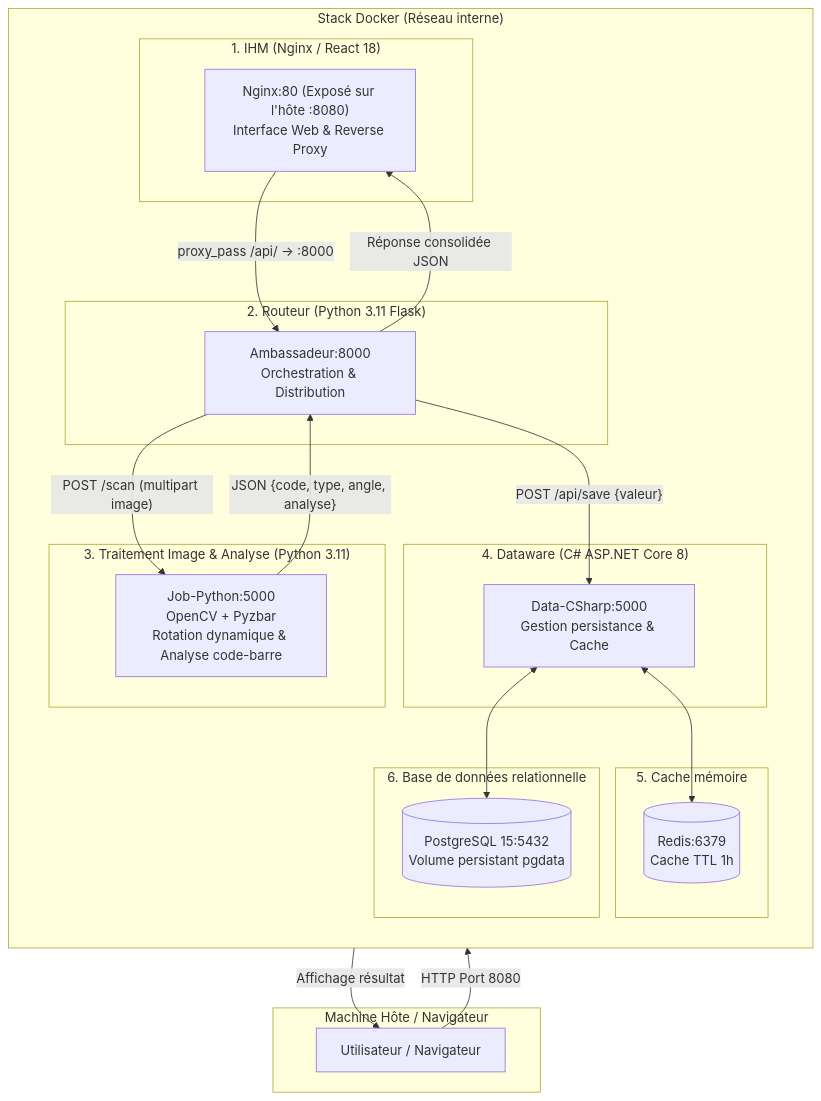
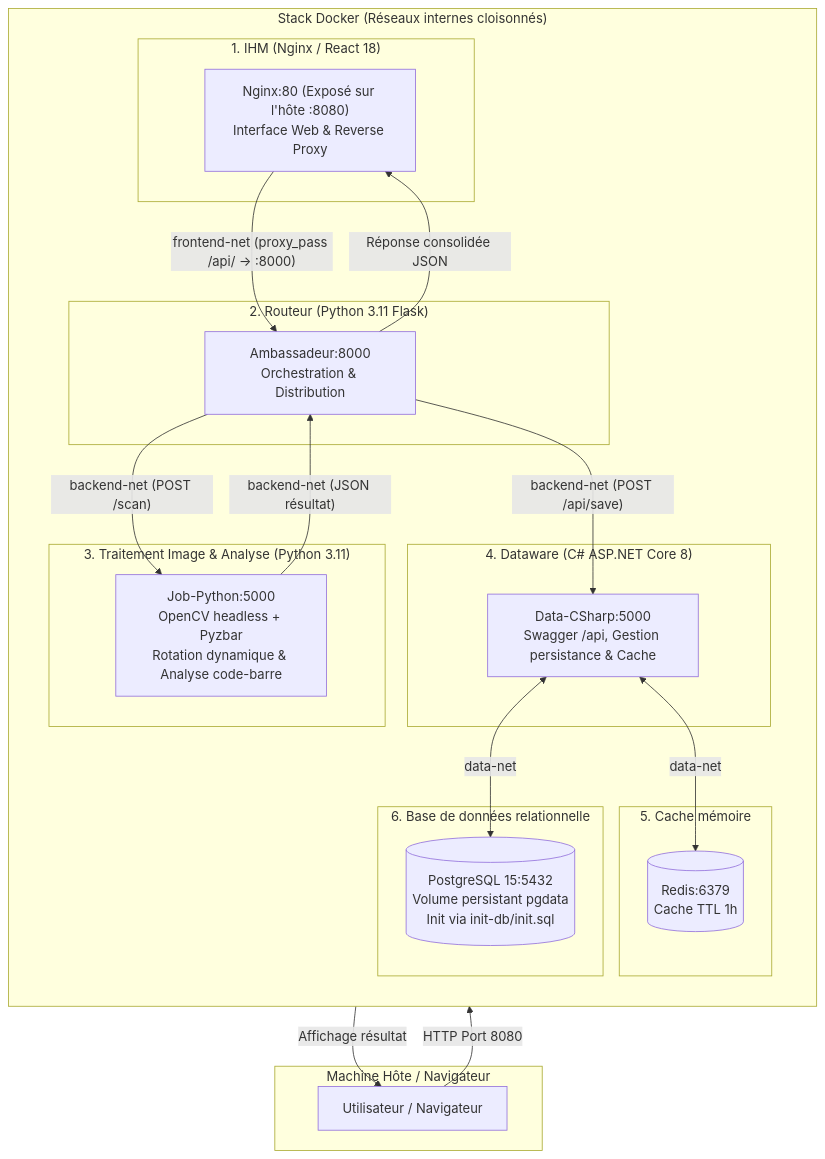
One commit to Moreau-Simon/Projet_QRcode changed the diagram in README.md. Above: the diagram before and after it, drawn with Mermaid. The commit also changed other lines of this file, not shown here.

````diff
--- a/README.md
+++ b/README.md
@@ -11,44 +11,44 @@
 ```mermaid
 flowchart TD
     subgraph Host ["Machine Hôte / Navigateur"]
         Client["Utilisateur / Navigateur"]
     end
 
-    subgraph DockerStack ["Stack Docker (Réseau interne)"]
+    subgraph DockerStack ["Stack Docker (Réseaux internes cloisonnés)"]
         direction TB
 
         subgraph S_IHM ["1. IHM (Nginx / React 18)"]
             IHM["Nginx:80 (Exposé sur l'hôte :8080)<br/>Interface Web & Reverse Proxy"]
         end
 
         subgraph S_AMB ["2. Routeur (Python 3.11 Flask)"]
             AMB["Ambassadeur:8000<br/>Orchestration & Distribution"]
         end
 
         subgraph S_JOB ["3. Traitement Image & Analyse (Python 3.11)"]
-            JOB["Job-Python:5000<br/>OpenCV + Pyzbar<br/>Rotation dynamique & Analyse code-barre"]
+            JOB["Job-Python:5000<br/>OpenCV headless + Pyzbar<br/>Rotation dynamique & Analyse code-barre"]
         end
 
         subgraph S_DATA ["4. Dataware (C# ASP.NET Core 8)"]
-            DATA["Data-CSharp:5000<br/>Gestion persistance & Cache"]
+            DATA["Data-CSharp:5000<br/>Swagger /api, Gestion persistance & Cache"]
         end
 
         subgraph S_CACHE ["5. Cache mémoire"]
             REDIS[("Redis:6379<br/>Cache TTL 1h")]
         end
 
         subgraph S_DB ["6. Base de données relationnelle"]
-            PSQL[("PostgreSQL 15:5432<br/>Volume persistant pgdata")]
+            PSQL[("PostgreSQL 15:5432<br/>Volume persistant pgdata<br/>Init via init-db/init.sql")]
         end
     end
 
     Client -- "HTTP Port 8080" --> IHM
-    IHM -- "proxy_pass /api/ -> :8000" --> AMB
-    AMB -- "POST /scan (multipart image)" --> JOB
-    JOB -- "JSON {code, type, angle, analyse}" --> AMB
-    AMB -- "POST /api/save {valeur}" --> DATA
-    DATA <--> REDIS
-    DATA <--> PSQL
+    IHM -- "frontend-net (proxy_pass /api/ -> :8000)" --> AMB
+    AMB -- "backend-net (POST /scan)" --> JOB
+    JOB -- "backend-net (JSON résultat)" --> AMB
+    AMB -- "backend-net (POST /api/save)" --> DATA
+    DATA <-- "data-net" --> REDIS
+    DATA <-- "data-net" --> PSQL
     AMB -- "Réponse consolidée JSON" --> IHM
     IHM -- "Affichage résultat" --> Client
 ```
````
